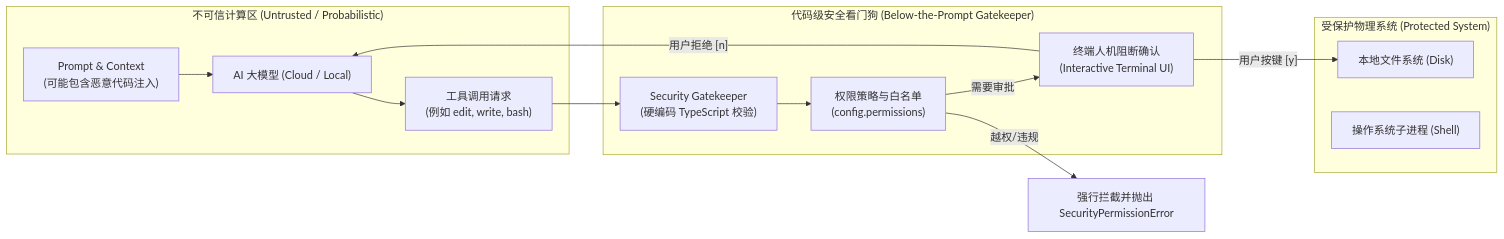
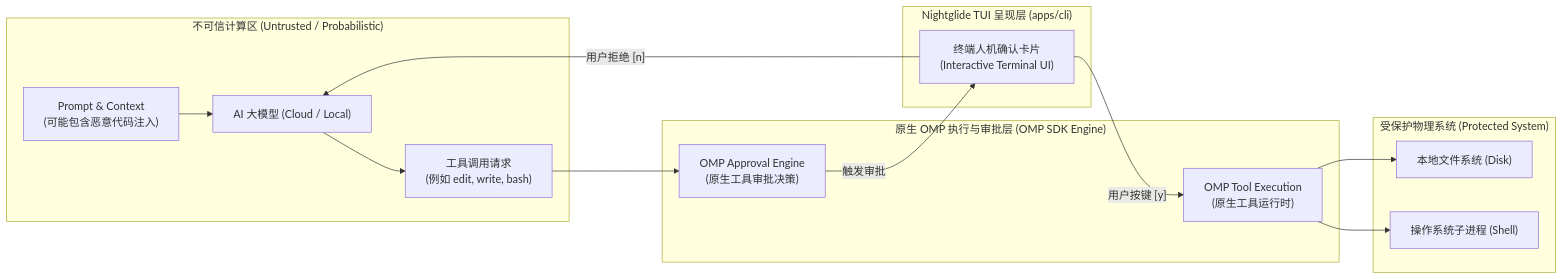
Before and after one commit to Aoody743/nightglide-cli: the second of 2 diagrams in docs/SECURITY.md, drawn with Mermaid. The commit also changed other lines of this file and 30 other files, not shown here.

Commit message:
refactor: remove redundant Nightglide permission layers

````diff
--- a/docs/SECURITY.md
+++ b/docs/SECURITY.md
@@ -40,28 +40,31 @@
 ```mermaid
 flowchart LR
     subgraph UntrustedZone ["不可信计算区 (Untrusted / Probabilistic)"]
         LLM["AI 大模型 (Cloud / Local)"]
         Prompt["Prompt & Context\n(可能包含恶意代码注入)"]
         ToolCall["工具调用请求\n(例如 edit, write, bash)"]
     end
 
-    subgraph DefenseGate ["代码级安全看门狗 (Below-the-Prompt Gatekeeper)"]
-        Gatekeeper["Security Gatekeeper\n(硬编码 TypeScript 校验)"]
-        Whitelist["权限策略与白名单\n(config.permissions)"]
-        UserPrompt["终端人机阻断确认\n(Interactive Terminal UI)"]
+    subgraph OMPNative ["原生 OMP 执行与审批层 (OMP SDK Engine)"]
+        ApprovalEngine["OMP Approval Engine\n(原生工具审批决策)"]
+        ToolSandbox["OMP Tool Execution\n(原生工具运行时)"]
+    end
+
+    subgraph UIZone ["Nightglide TUI 呈现层 (apps/cli)"]
+        UserPrompt["终端人机确认卡片\n(Interactive Terminal UI)"]
     end
 
     subgraph ExecutionZone ["受保护物理系统 (Protected System)"]
         Disk["本地文件系统 (Disk)"]
         Shell["操作系统子进程 (Shell)"]
     end
 
     LLM --> ToolCall
     Prompt --> LLM
-    ToolCall --> Gatekeeper
-    Gatekeeper --> Whitelist
-    Whitelist -- "需要审批" --> UserPrompt
-    UserPrompt -- "用户按键 [y]" --> Disk
+    ToolCall --> ApprovalEngine
+    ApprovalEngine -- "触发审批" --> UserPrompt
+    UserPrompt -- "用户按键 [y]" --> ToolSandbox
     UserPrompt -- "用户拒绝 [n]" --> LLM
-    Whitelist -- "越权/违规" --> Intercept["强行拦截并抛出 SecurityPermissionError"]
+    ToolSandbox --> Disk
+    ToolSandbox --> Shell
 ```
````
